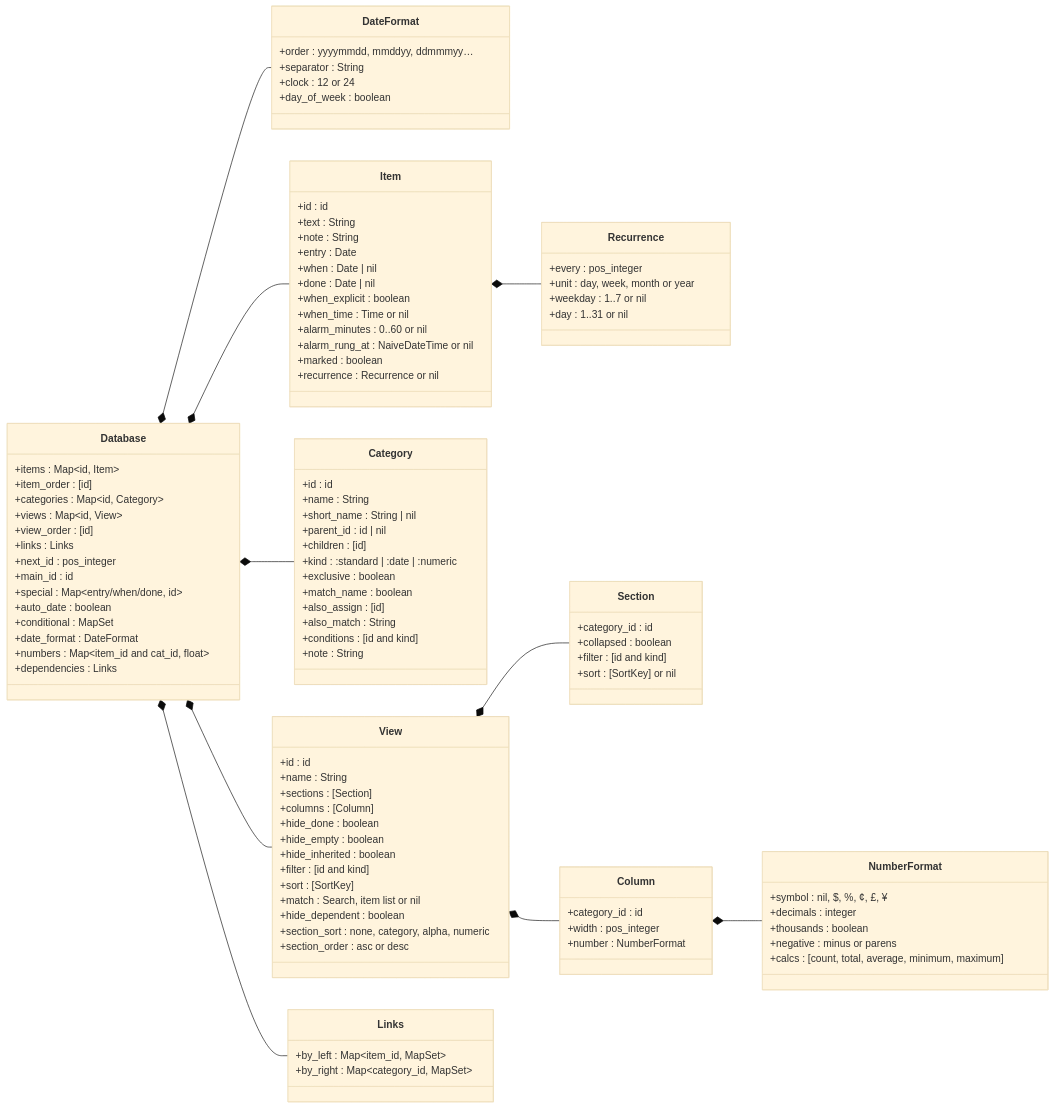
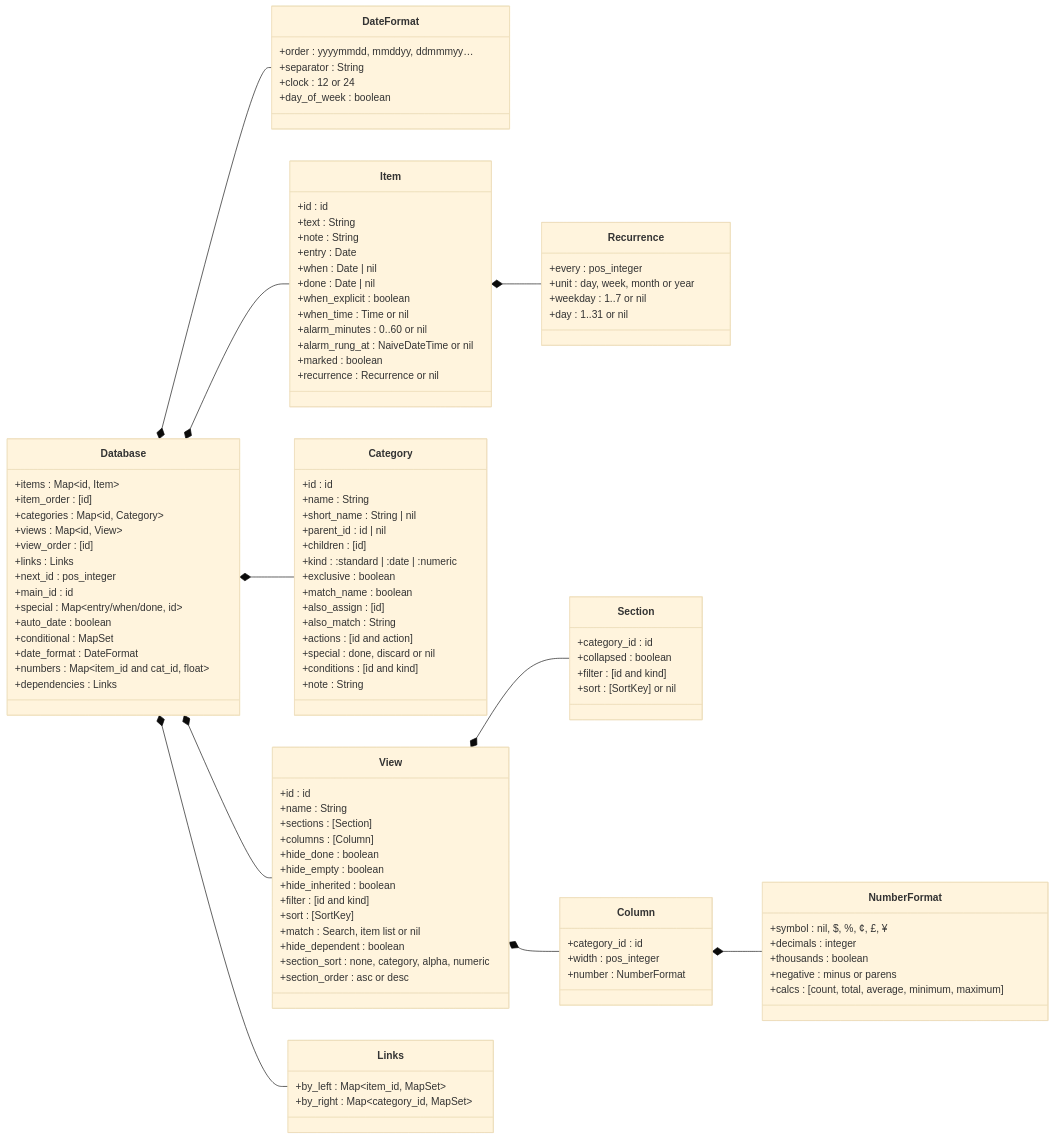
Before and after one commit to jamting/agendum: the second of 6 diagrams in docs/DATA_MODEL.md, drawn with Mermaid (base theme). The commit also changed other lines of this file and 14 other files, not shown here.

```diff
--- a/docs/DATA_MODEL.md
+++ b/docs/DATA_MODEL.md
@@ -155,6 +157,8 @@
         +match_name : boolean
         +also_assign : [id]
         +also_match : String
+        +actions : [id and action]
+        +special : done, discard or nil
         +conditions : [id and kind]
         +note : String
     }
```
